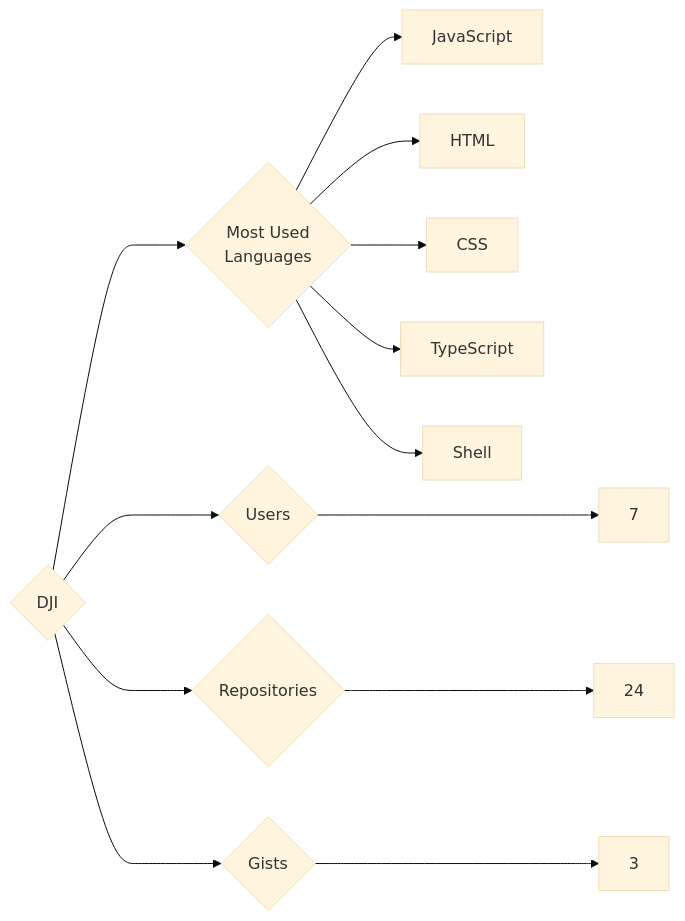
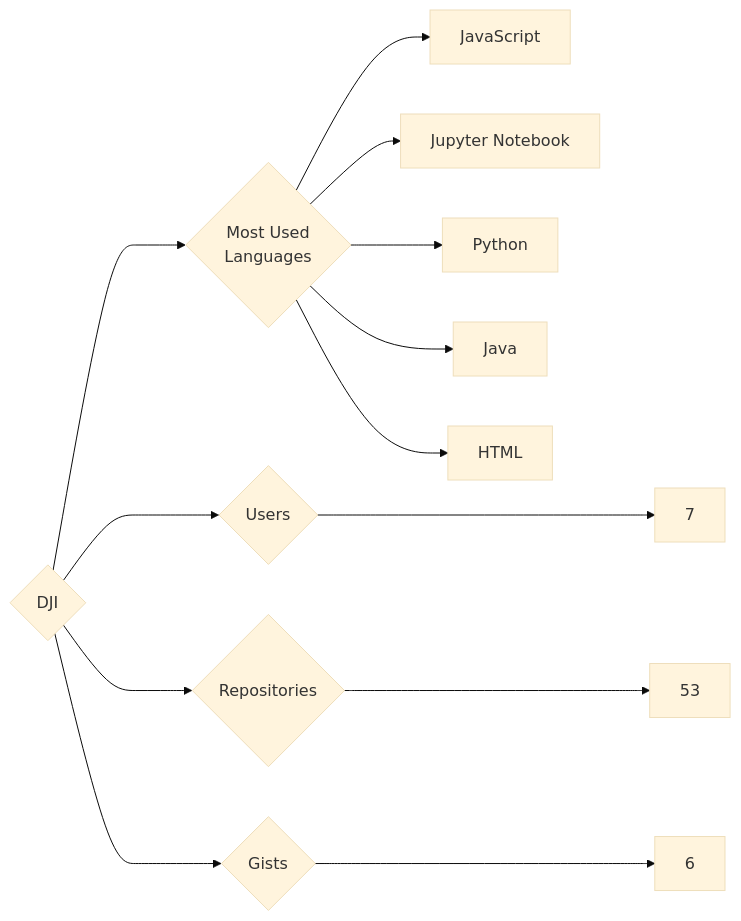
Before and after one commit to trickest/insiders: the diagram in targets/DJI/README.md, drawn with Mermaid (base theme). The commit also changed 1167 other files, not shown here.

````diff
--- a/targets/DJI/README.md
+++ b/targets/DJI/README.md
@@ -3,13 +3,13 @@
 ```mermaid
 graph LR
 COMPANY_NAME{DJI}
 COMPANY_NAME ---> U{Users} ---> UN[7]
-COMPANY_NAME ---> R{Repositories} ---> RN[24]
-COMPANY_NAME ---> G{Gists} ---> GN[3]
+COMPANY_NAME ---> R{Repositories} ---> RN[53]
+COMPANY_NAME ---> G{Gists} ---> GN[6]
 COMPANY_NAME ---> ML{Most Used<br>Languages}
 ML --> JavaScript[JavaScript]
+ML --> Jupyter_Notebook[Jupyter Notebook]
+ML --> Python[Python]
+ML --> Java[Java]
 ML --> HTML[HTML]
-ML --> CSS[CSS]
-ML --> TypeScript[TypeScript]
-ML --> Shell[Shell]
 ```
````
